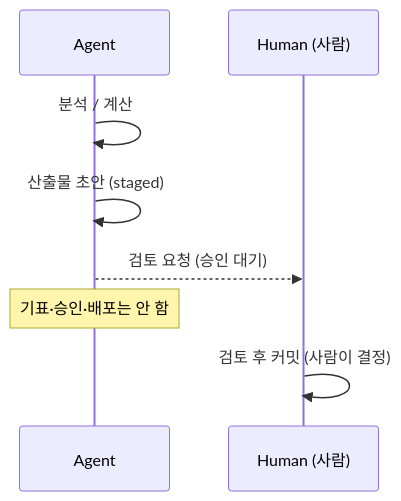
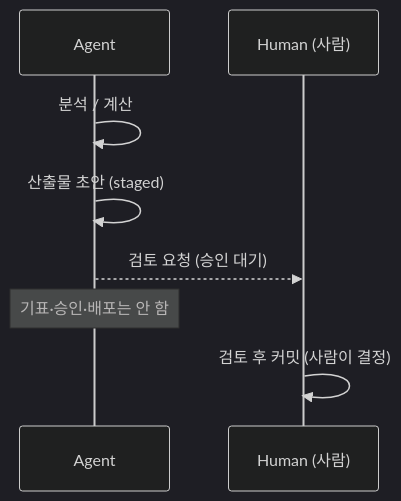
Before and after one commit to devjune/claude-financial-services: the fifth of 5 diagrams in study-notes/01-presentation.md, drawn with Mermaid. The commit also changed other lines of this file and 3 other files, not shown here.

First line of the commit message:
docs: 퇴고 — dark-mode mermaid + readability/consistency pass

````diff
--- a/study-notes/01-presentation.md
+++ b/study-notes/01-presentation.md
@@ -74,10 +80,11 @@
 ```mermaid
+%%{init: {'theme':'dark'}}%%
 sequenceDiagram
   participant A as Agent
   participant H as Human (사람)
   A->>A: 분석 / 계산
   A->>A: 산출물 초안 (staged)
   A-->>H: 검토 요청 (승인 대기)
   Note over A: 기표·승인·배포는 안 함
   H->>H: 검토 후 커밋 (사람이 결정)
 ```
````
